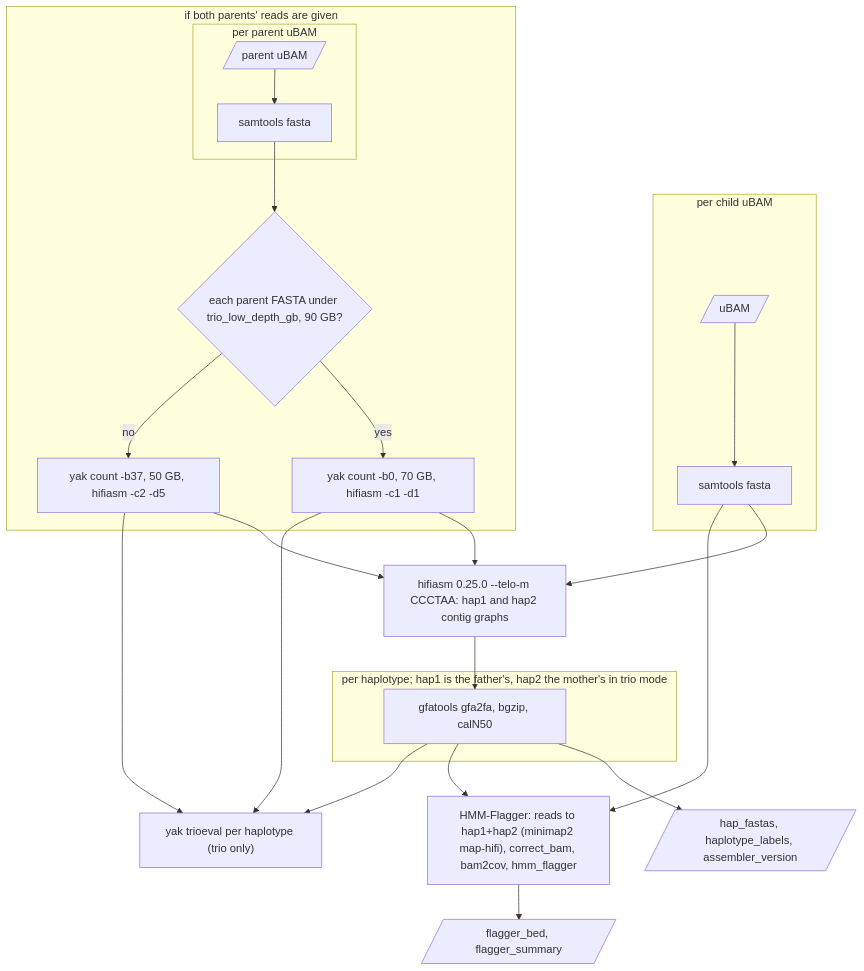
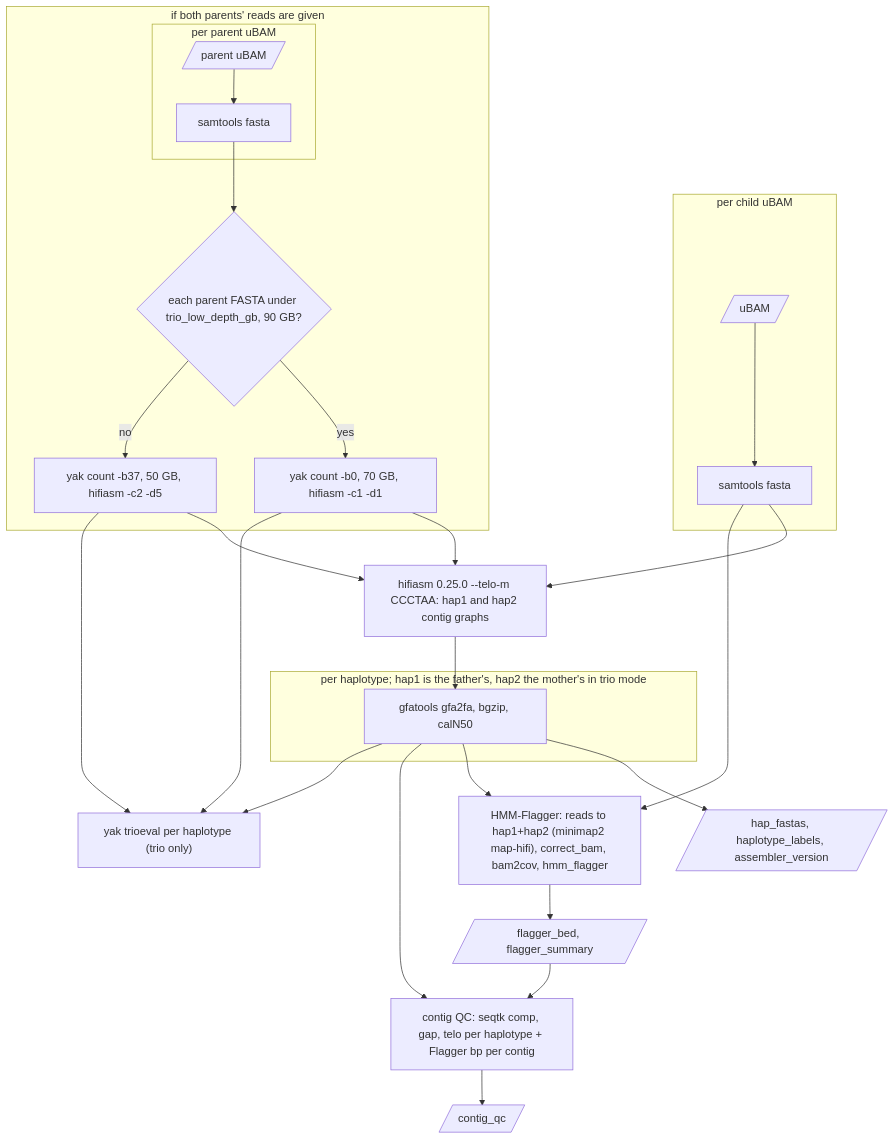
Before and after one commit to UppsalaGenomeCenter/ugc-wgw: the eighth of 10 diagrams in docs/guide/08-stages.md, drawn with Mermaid. The commit also changed other lines of this file and 44 other files, not shown here.

````diff
--- a/docs/guide/08-stages.md
+++ b/docs/guide/08-stages.md
@@ -356,28 +357,31 @@
 ```mermaid
 flowchart TD
   subgraph child["per child uBAM"]
     c[/"uBAM"/] --> cf["samtools fasta"]
   end
   subgraph trio["if both parents' reads are given"]
     subgraph pf["per parent uBAM"]
       p[/"parent uBAM"/] --> pfa["samtools fasta"]
     end
     pfa --> depth{"each parent FASTA under trio_low_depth_gb, 90 GB?"}
     depth -->|"yes"| y1["yak count -b0, 70 GB, hifiasm -c1 -d1"]
     depth -->|"no"| y2["yak count -b37, 50 GB, hifiasm -c2 -d5"]
   end
   cf --> asm["hifiasm 0.25.0 --telo-m CCCTAA: hap1 and hap2 contig graphs"]
   y1 --> asm
   y2 --> asm
   subgraph hap["per haplotype; hap1 is the father's, hap2 the mother's in trio mode"]
     fa["gfatools gfa2fa, bgzip, calN50"]
   end
   asm --> fa
   fa --> out[/"hap_fastas, haplotype_labels, assembler_version"/]
   fa --> fl["HMM-Flagger: reads to hap1+hap2 (minimap2 map-hifi), correct_bam, bam2cov, hmm_flagger"]
   cf --> fl
   fl --> fb[/"flagger_bed, flagger_summary"/]
+  fb --> cq["contig QC: seqtk comp, gap, telo per haplotype + Flagger bp per contig"]
+  fa --> cq
+  cq --> cqo[/"contig_qc"/]
   y1 --> te["yak trioeval per haplotype (trio only)"]
   y2 --> te
   fa --> te
 ```
````
